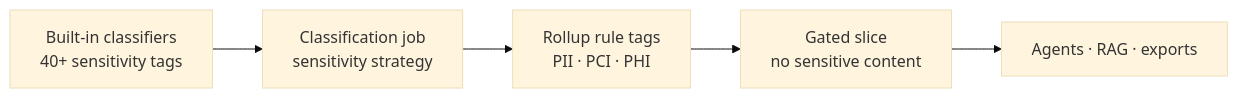
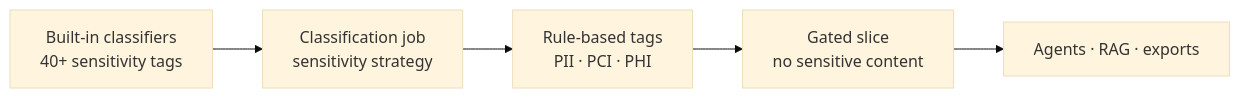
Before and after one commit to Deasie-internal/deasy-docs: the diagram in cookbooks/pii-detection.mdx, drawn with Mermaid (base theme). The commit also changed other lines of this file and 3 other files, not shown here.

First line of the commit message:
docs: fix rollup to rule-based tags, document the three tag strategies

````diff
--- a/cookbooks/pii-detection.mdx
+++ b/cookbooks/pii-detection.mdx
@@ -16,7 +16,7 @@
 ```mermaid
 flowchart LR
     CAT[Built-in classifiers<br/>40+ sensitivity tags] --> RUN[Classification job<br/>sensitivity strategy]
-    RUN --> ROLL[Rollup rule tags<br/>PII · PCI · PHI]
+    RUN --> ROLL[Rule-based tags<br/>PII · PCI · PHI]
     ROLL --> GATE[Gated slice<br/>no sensitive content]
     GATE --> AI[Agents · RAG · exports]
 ```
````
